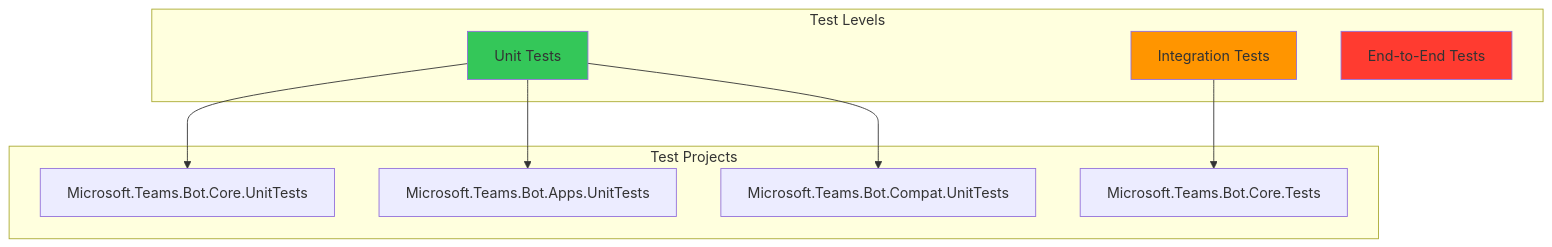
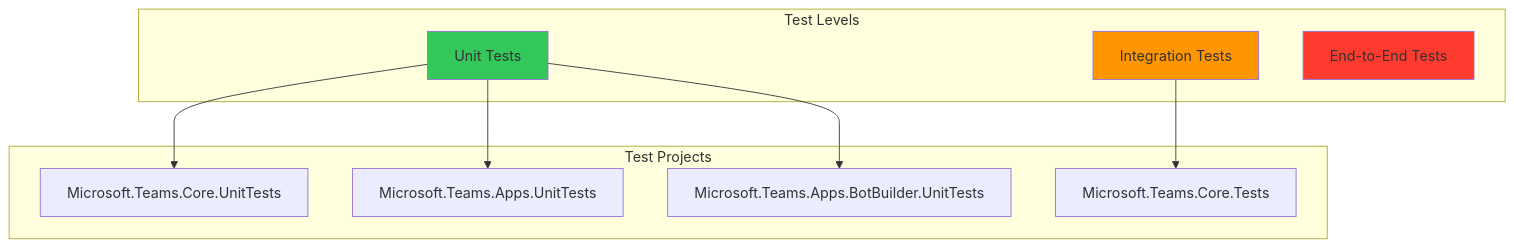
One commit to microsoft/teams.net changed diagram 18 of 19 in core/docs/Architecture.md. Above: the diagram before and after it, drawn with Mermaid. The commit also changed other lines of this file and 6 other files, not shown here.

````diff
--- a/core/docs/Architecture.md
+++ b/core/docs/Architecture.md
@@ -876,25 +876,25 @@
 ```mermaid
 graph TB
     subgraph "Test Levels"
         Unit[Unit Tests]
         Integration[Integration Tests]
         E2E[End-to-End Tests]
     end
 
     subgraph "Test Projects"
-        CoreTests[Microsoft.Teams.Bot.Core.UnitTests]
-        AppsTests[Microsoft.Teams.Bot.Apps.UnitTests]
-        CompatTests[Microsoft.Teams.Bot.Compat.UnitTests]
-        IntTests[Microsoft.Teams.Bot.Core.Tests]
+        CoreTests[Microsoft.Teams.Core.UnitTests]
+        AppsTests[Microsoft.Teams.Apps.UnitTests]
+        CompatTests[Microsoft.Teams.Apps.BotBuilder.UnitTests]
+        IntTests[Microsoft.Teams.Core.Tests]
     end
 
     Unit --> CoreTests
     Unit --> AppsTests
     Unit --> CompatTests
 
     Integration --> IntTests
 
     style Unit fill:#34c759
     style Integration fill:#ff9500
     style E2E fill:#ff3b30
 ```
````
